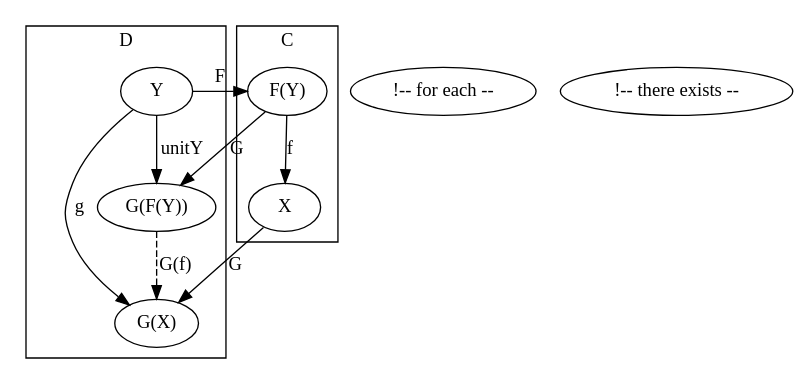
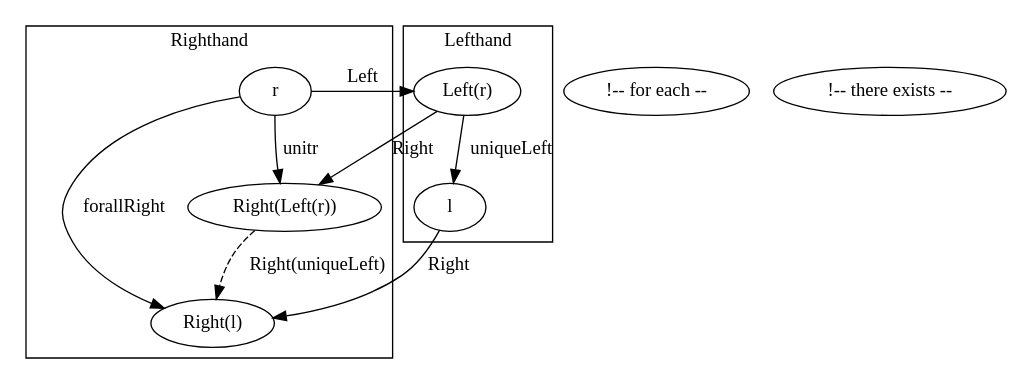
Before and after one commit to frankymacster/category-theory-graphviz: the fifth of 5 diagrams in adjoint-functors.md, drawn with Graphviz. The commit also changed other lines of this file, not shown here.

Commit message:
adjoint-functor: made diagrams quicker to understand

````diff
--- a/adjoint-functors.md
+++ b/adjoint-functors.md
@@ -129,28 +129,28 @@
 ```graphviz
 digraph G {
   subgraph clusterD {
-    label="D"
-    "Y"
-    "G(X)"
-    "G(F(Y))"
+    label="Righthand"
+    "r"
+    "Right(l)"
+    "Right(Left(r))"
   }
 
   subgraph clusterC {
-    label="C"
-    "X"
-    "F(Y)"
+    label="Lefthand"
+    "l"
+    "Left(r)"
   }
 
-  "Y" -> "F(Y)" [label="F"]
-  "X" -> "G(X)" [label="G"]
+  "r" -> "Left(r)" [label="Left"]
+  "l" -> "Right(l)" [label="Right"]
 
   <!-- for each -->
-  "Y" -> "G(X)" [label="g"]
+  "r" -> "Right(l)" [label="forallRight"]
   <!-- there exists -->
-  "F(Y)" -> "X" [label="f"]
+  "Left(r)" -> "l" [label="uniqueLeft"]
 
-  "F(Y)" -> "G(F(Y))" [label="G"]
-  "Y" -> "G(F(Y))" [label="unitY"]
-  "G(F(Y))" -> "G(X)" [label="G(f)", style="dashed"]
+  "Left(r)" -> "Right(Left(r))" [label="Right"]
+  "r" -> "Right(Left(r))" [label="unitr"]
+  "Right(Left(r))" -> "Right(l)" [label="Right(uniqueLeft)", style="dashed"]
 }
 ```
````
